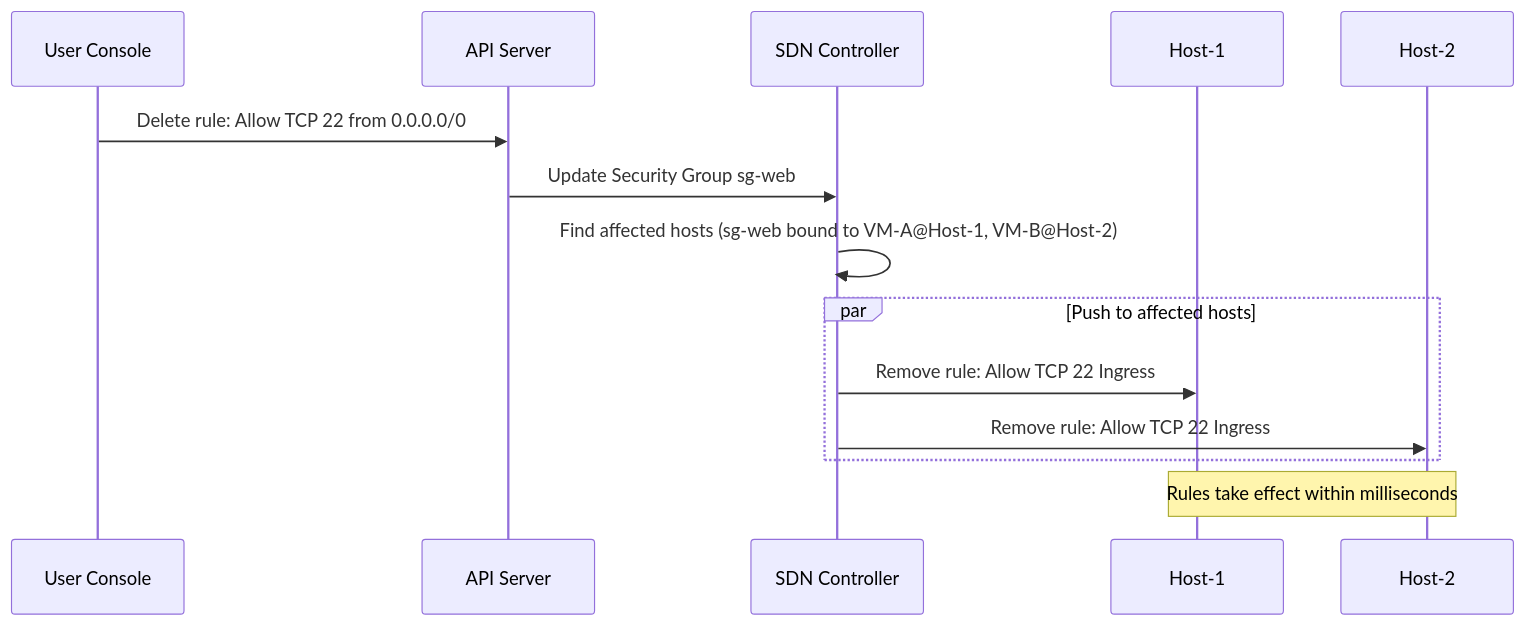
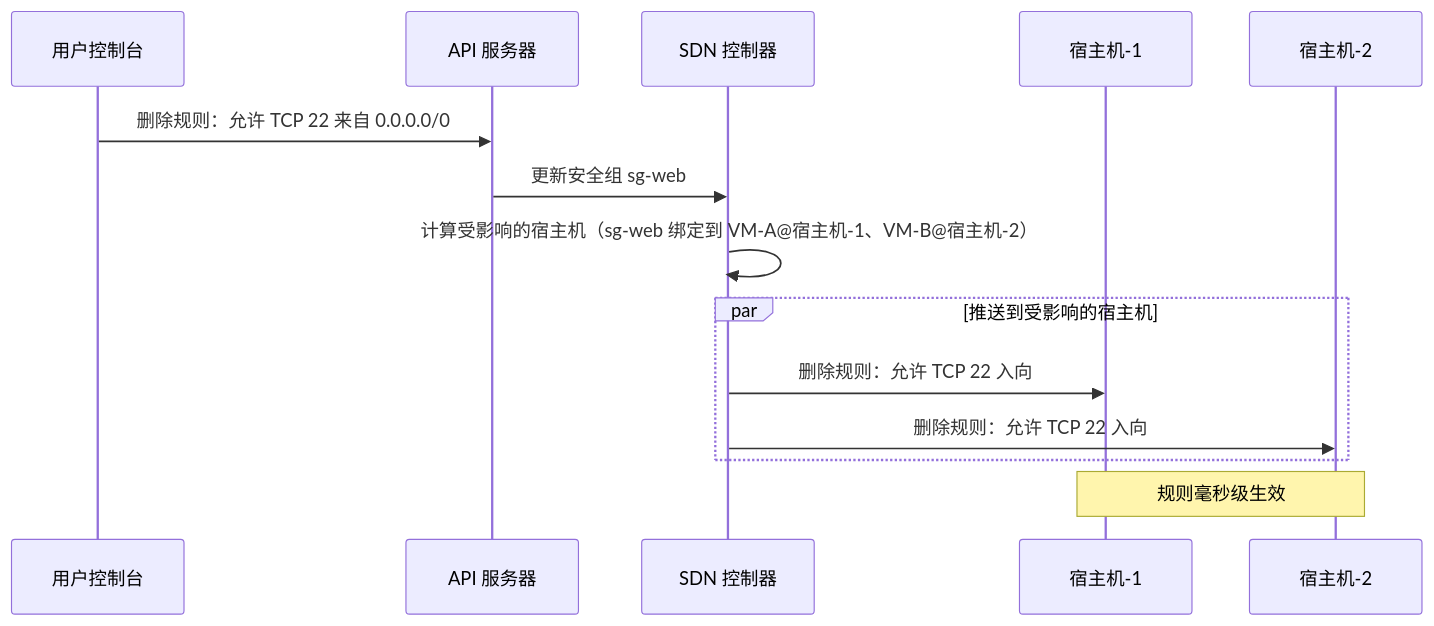
The third of 5 diagrams in docs/10.谁来守门安全组与网络ACL.md (caozhiyi/network-book), drawn with Mermaid before and after one commit. The commit also changed other lines of this file and 77 other files, not shown here.

````diff
--- a/docs/10.谁来守门安全组与网络ACL.md
+++ b/docs/10.谁来守门安全组与网络ACL.md
@@ -113,19 +115,19 @@
 ```mermaid
 sequenceDiagram
-    participant User as User Console
-    participant API as API Server
-    participant SDN as SDN Controller
-    participant H1 as Host-1
-    participant H2 as Host-2
+    participant User as 用户控制台
+    participant API as API 服务器
+    participant SDN as SDN 控制器
+    participant H1 as 宿主机-1
+    participant H2 as 宿主机-2
 
-    User->>API: Delete rule: Allow TCP 22 from 0.0.0.0/0
-    API->>SDN: Update Security Group sg-web
-    SDN->>SDN: Find affected hosts (sg-web bound to VM-A@Host-1, VM-B@Host-2)
+    User->>API: 删除规则：允许 TCP 22 来自 0.0.0.0/0
+    API->>SDN: 更新安全组 sg-web
+    SDN->>SDN: 计算受影响的宿主机（sg-web 绑定到 VM-A@宿主机-1、VM-B@宿主机-2）
 
-    par Push to affected hosts
-        SDN->>H1: Remove rule: Allow TCP 22 Ingress
-        SDN->>H2: Remove rule: Allow TCP 22 Ingress
+    par 推送到受影响的宿主机
+        SDN->>H1: 删除规则：允许 TCP 22 入向
+        SDN->>H2: 删除规则：允许 TCP 22 入向
     end
 
-    Note over H1,H2: Rules take effect within milliseconds
+    Note over H1,H2: 规则毫秒级生效
 ```
````
